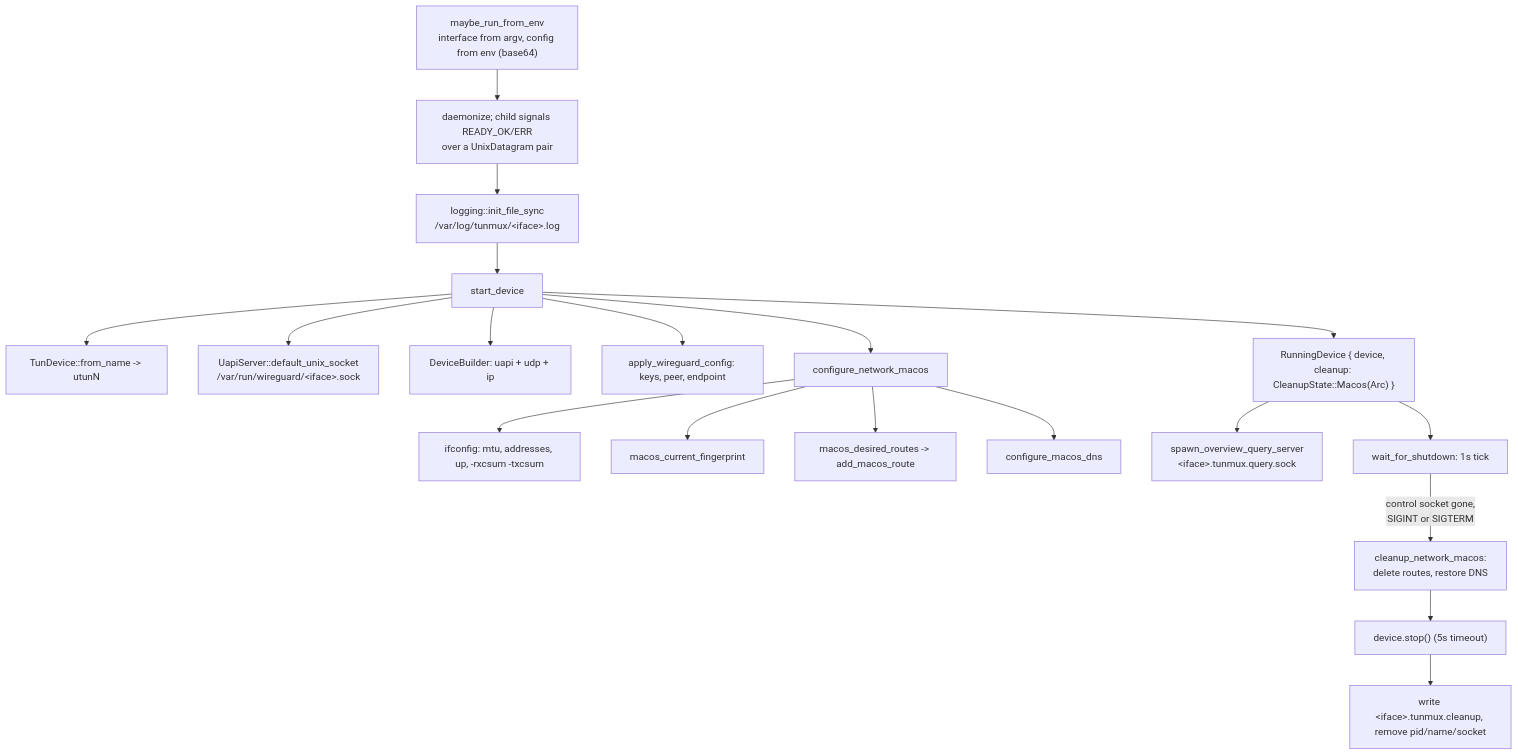
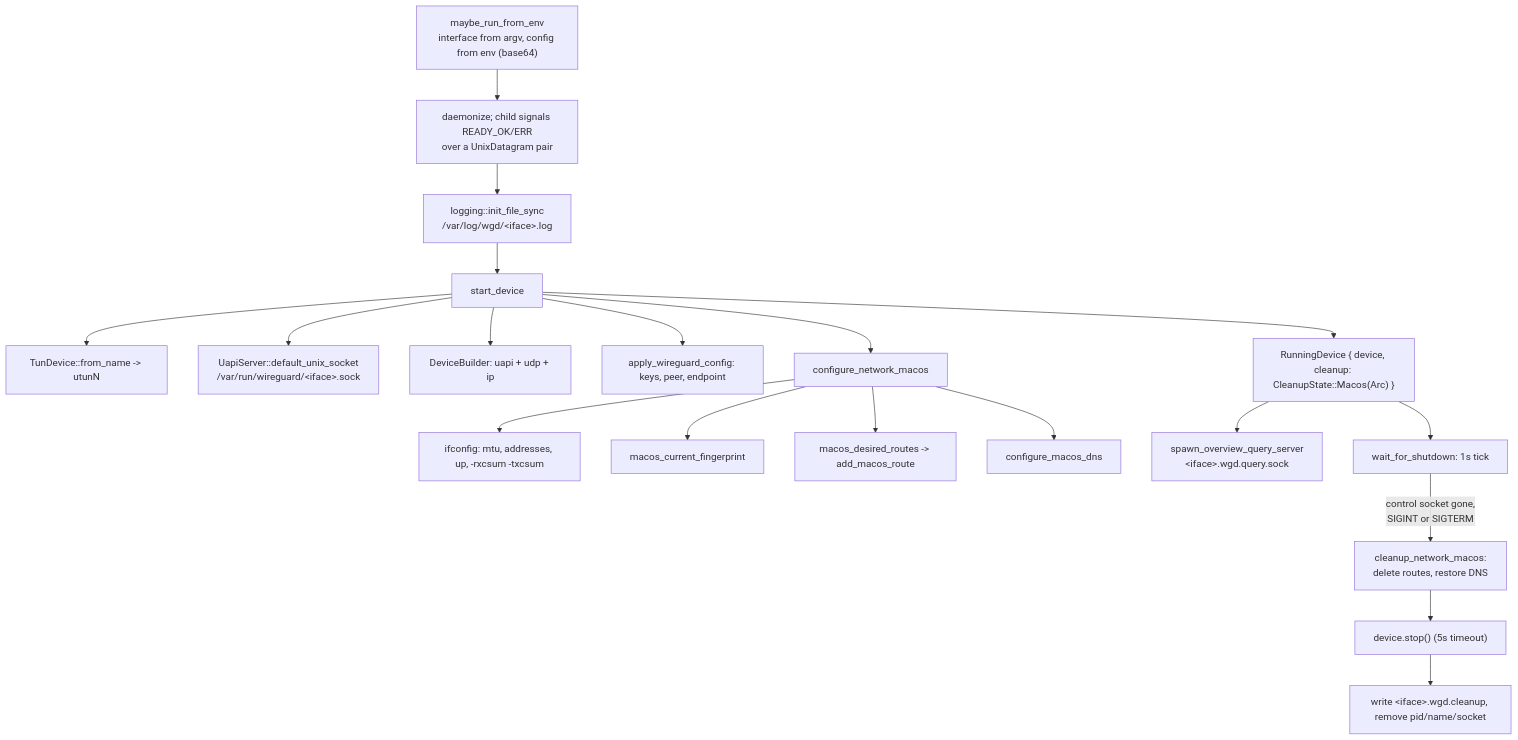
Before and after one commit to pansen/macos-wireguard-daemon: the eighth of 11 diagrams in doc/architecture.md, drawn with Mermaid. The commit also changed other lines of this file and 36 other files, not shown here.

````diff
--- a/doc/architecture.md
+++ b/doc/architecture.md
@@ -458,26 +458,26 @@
 ```mermaid
 flowchart TB
     START["maybe_run_from_env<br/>interface from argv, config from env (base64)"]
     START --> DAEMONIZE["daemonize; child signals READY_OK/ERR<br/>over a UnixDatagram pair"]
-    DAEMONIZE --> LOGF["logging::init_file_sync<br/>/var/log/tunmux/&lt;iface&gt;.log"]
+    DAEMONIZE --> LOGF["logging::init_file_sync<br/>/var/log/wgd/&lt;iface&gt;.log"]
     LOGF --> SD["start_device"]
 
     SD --> TUN["TunDevice::from_name -> utunN"]
     SD --> UAPI["UapiServer::default_unix_socket<br/>/var/run/wireguard/&lt;iface&gt;.sock"]
     SD --> DEV["DeviceBuilder: uapi + udp + ip"]
     SD --> CFG["apply_wireguard_config: keys, peer, endpoint"]
     SD --> NET["configure_network_macos"]
 
     NET --> ADDR["ifconfig: mtu, addresses, up, -rxcsum -txcsum"]
     NET --> FP["macos_current_fingerprint"]
     NET --> ROUTES["macos_desired_routes -> add_macos_route"]
     NET --> DNS["configure_macos_dns"]
 
     SD --> RD["RunningDevice { device, cleanup: CleanupState::Macos(Arc) }"]
-    RD --> QS["spawn_overview_query_server<br/>&lt;iface&gt;.tunmux.query.sock"]
+    RD --> QS["spawn_overview_query_server<br/>&lt;iface&gt;.wgd.query.sock"]
     RD --> WAIT["wait_for_shutdown: 1s tick"]
 
     WAIT -->|"control socket gone,<br/>SIGINT or SIGTERM"| TEAR["cleanup_network_macos:<br/>delete routes, restore DNS"]
     TEAR --> STOP["device.stop() (5s timeout)"]
-    STOP --> STATUS["write &lt;iface&gt;.tunmux.cleanup, remove pid/name/socket"]
+    STOP --> STATUS["write &lt;iface&gt;.wgd.cleanup, remove pid/name/socket"]
 ```
````
